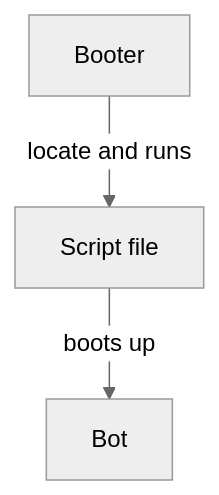
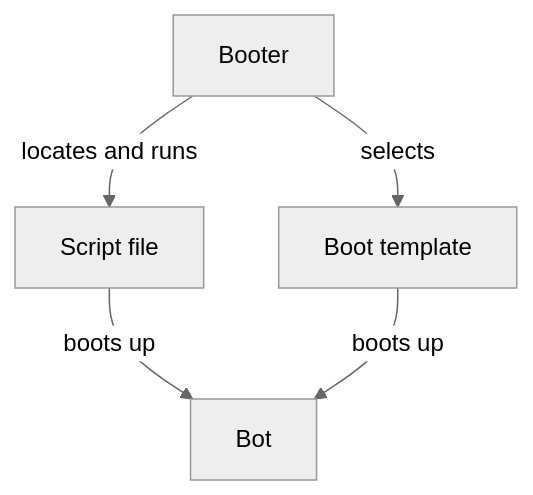
The diagram in docs-build/docs/articles/booter.md (robocode-dev/tank-royale), drawn with Mermaid (neutral theme) before and after one commit. The commit also changed other lines of this file and 34 other files, not shown here.

````diff
--- a/docs-build/docs/articles/booter.md
+++ b/docs-build/docs/articles/booter.md
@@ -17,7 +19,10 @@
 ```mermaid
 flowchart TD
-    Booter -- locate and runs --> ScriptFile
+    Booter -- locates and runs --> ScriptFile
     ScriptFile -- boots up --> Bot
+    Booter -- selects --> Template
+    Template -- boots up --> Bot
 
     ScriptFile[Script file]
+    Template[Boot template]
 ```
````
